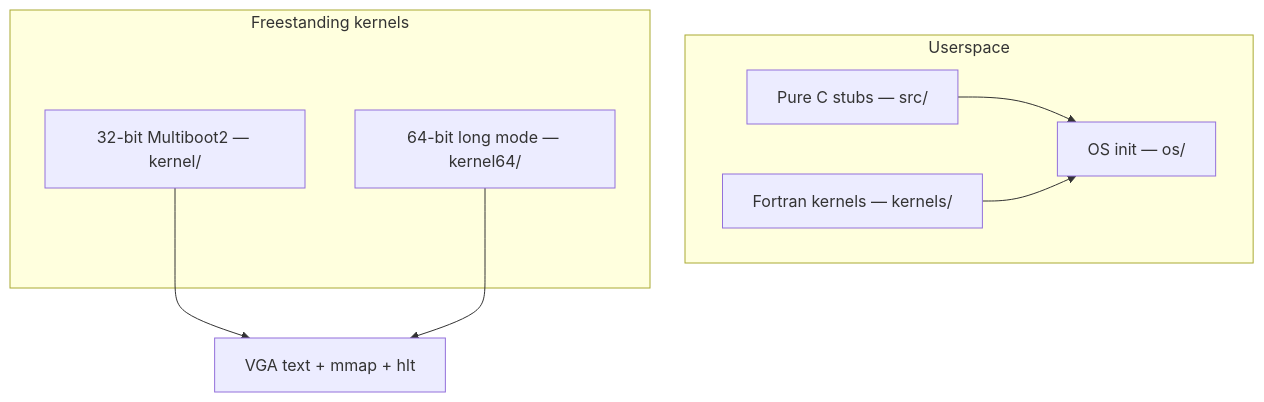
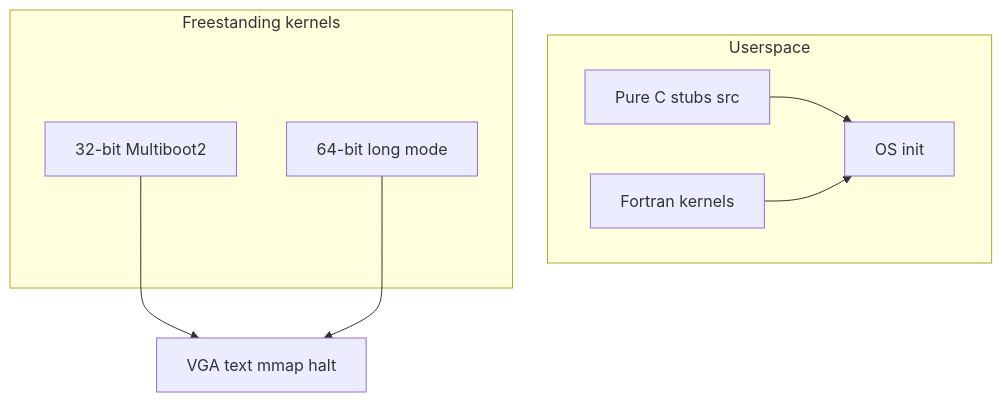
One commit to AHMADALIPARR/preeny-sovereign changed the first of 3 diagrams in README.md. Above: the diagram before and after it, drawn with Mermaid. The commit also changed other lines of this file, not shown here.

Commit message:
Fix mermaid parse errors and broken SVG image embeds

````diff
--- a/README.md
+++ b/README.md
@@ -17,18 +11,18 @@
 ```mermaid
 flowchart TB
-    subgraph Userspace["Userspace"]
-        STUBS["Pure C stubs — src/"]
-        FORT["Fortran kernels — kernels/"]
-        INIT["OS init — os/"]
+    subgraph Userspace[Userspace]
+        STUBS[Pure C stubs src]
+        FORT[Fortran kernels]
+        INIT[OS init]
     end
 
-    subgraph Boot["Freestanding kernels"]
-        K32["32-bit Multiboot2 — kernel/"]
-        K64["64-bit long mode — kernel64/"]
+    subgraph Boot[Freestanding kernels]
+        K32[32-bit Multiboot2]
+        K64[64-bit long mode]
     end
 
     STUBS --> INIT
     FORT --> INIT
-    K32 --> VGA["VGA text + mmap + hlt"]
+    K32 --> VGA[VGA text mmap halt]
     K64 --> VGA
 ```
````
